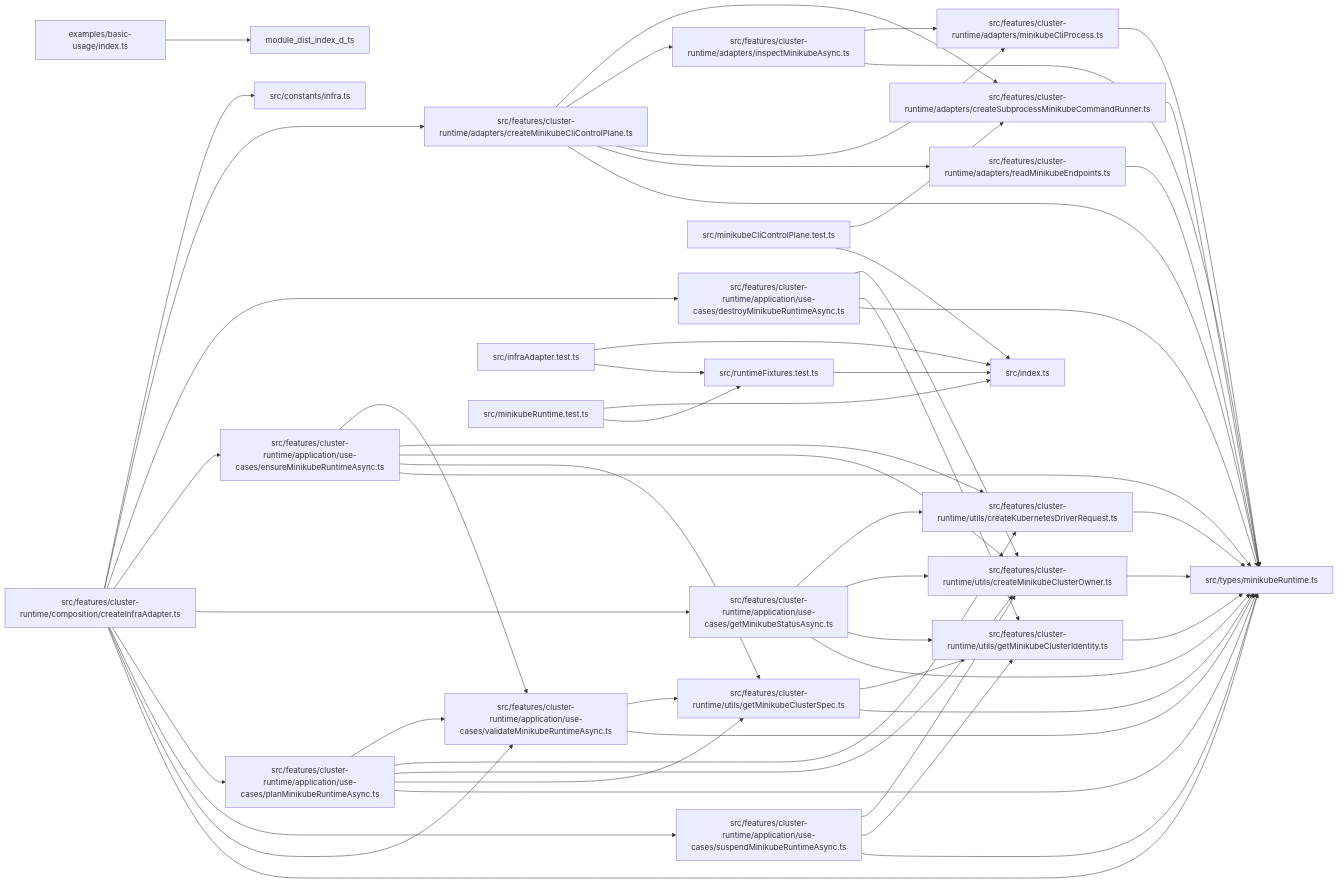
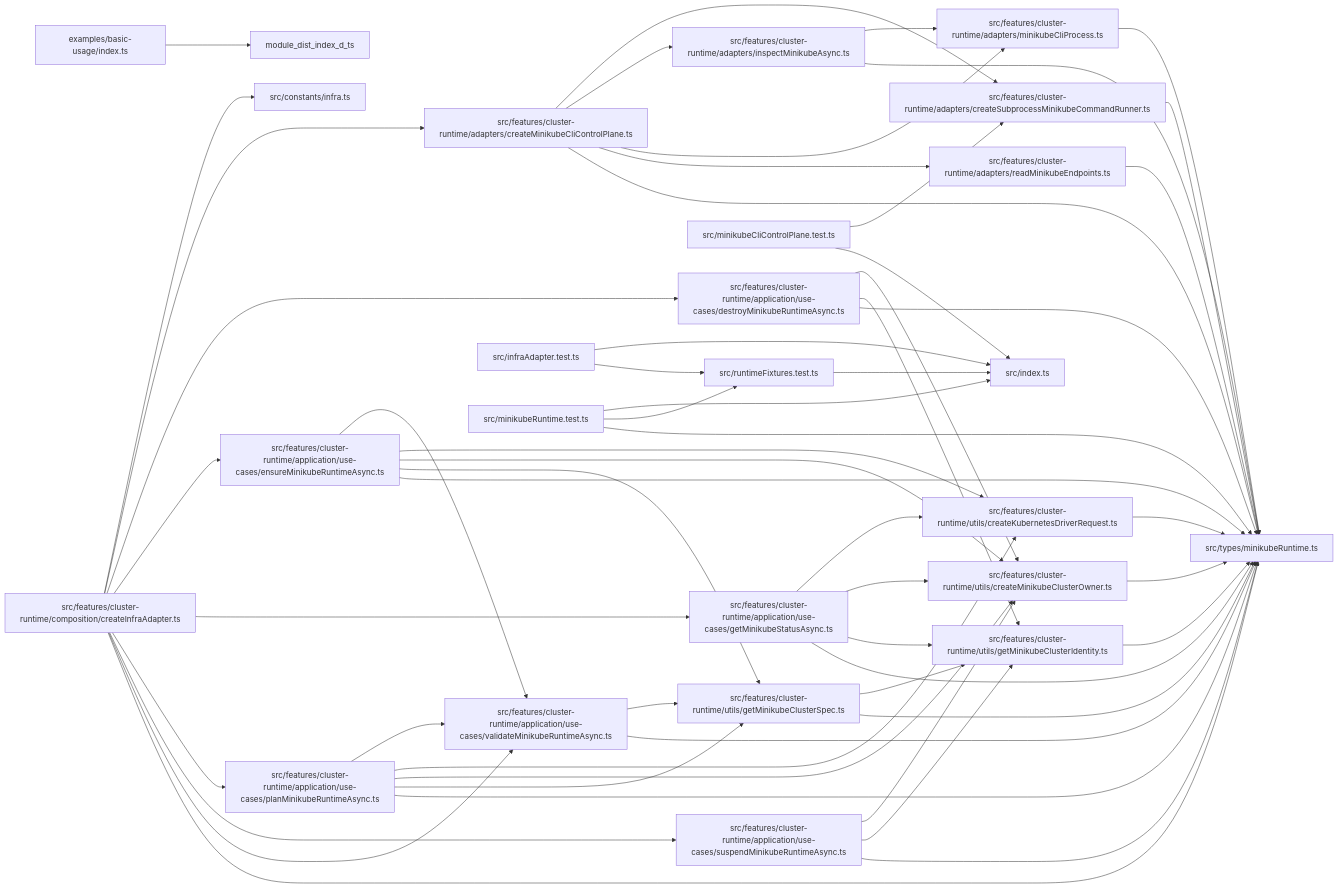
Before and after one commit to ankhorage/minikube: the diagram in paradox/diagrams/module-relationships.mmd, drawn with Mermaid. The commit also changed 10 other files, not shown here.

```diff
--- a/paradox/diagrams/module-relationships.mmd
+++ b/paradox/diagrams/module-relationships.mmd
@@ -1,79 +1,80 @@
 graph LR
   module_examples_basic_usage_index_ts["examples/basic-usage/index.ts"]
   module_src_constants_infra_ts["src/constants/infra.ts"]
   module_src_features_cluster_runtime_adapters_createMinikubeCliControlPlane_ts["src/features/cluster-runtime/adapters/createMinikubeCliControlPlane.ts"]
   module_src_features_cluster_runtime_adapters_createSubprocessMinikubeCommandRunner_ts["src/features/cluster-runtime/adapters/createSubprocessMinikubeCommandRunner.ts"]
   module_src_features_cluster_runtime_adapters_inspectMinikubeAsync_ts["src/features/cluster-runtime/adapters/inspectMinikubeAsync.ts"]
   module_src_features_cluster_runtime_adapters_minikubeCliProcess_ts["src/features/cluster-runtime/adapters/minikubeCliProcess.ts"]
   module_src_features_cluster_runtime_adapters_readMinikubeEndpoints_ts["src/features/cluster-runtime/adapters/readMinikubeEndpoints.ts"]
   module_src_features_cluster_runtime_application_use_cases_destroyMinikubeRuntimeAsync_ts["src/features/cluster-runtime/application/use-cases/destroyMinikubeRuntimeAsync.ts"]
   module_src_features_cluster_runtime_application_use_cases_ensureMinikubeRuntimeAsync_ts["src/features/cluster-runtime/application/use-cases/ensureMinikubeRuntimeAsync.ts"]
   module_src_features_cluster_runtime_application_use_cases_getMinikubeStatusAsync_ts["src/features/cluster-runtime/application/use-cases/getMinikubeStatusAsync.ts"]
   module_src_features_cluster_runtime_application_use_cases_planMinikubeRuntimeAsync_ts["src/features/cluster-runtime/application/use-cases/planMinikubeRuntimeAsync.ts"]
   module_src_features_cluster_runtime_application_use_cases_suspendMinikubeRuntimeAsync_ts["src/features/cluster-runtime/application/use-cases/suspendMinikubeRuntimeAsync.ts"]
   module_src_features_cluster_runtime_application_use_cases_validateMinikubeRuntimeAsync_ts["src/features/cluster-runtime/application/use-cases/validateMinikubeRuntimeAsync.ts"]
   module_src_features_cluster_runtime_composition_createInfraAdapter_ts["src/features/cluster-runtime/composition/createInfraAdapter.ts"]
   module_src_features_cluster_runtime_utils_createKubernetesDriverRequest_ts["src/features/cluster-runtime/utils/createKubernetesDriverRequest.ts"]
   module_src_features_cluster_runtime_utils_createMinikubeClusterOwner_ts["src/features/cluster-runtime/utils/createMinikubeClusterOwner.ts"]
   module_src_features_cluster_runtime_utils_getMinikubeClusterIdentity_ts["src/features/cluster-runtime/utils/getMinikubeClusterIdentity.ts"]
   module_src_features_cluster_runtime_utils_getMinikubeClusterSpec_ts["src/features/cluster-runtime/utils/getMinikubeClusterSpec.ts"]
   module_src_index_ts["src/index.ts"]
   module_src_infraAdapter_test_ts["src/infraAdapter.test.ts"]
   module_src_minikubeCliControlPlane_test_ts["src/minikubeCliControlPlane.test.ts"]
   module_src_minikubeRuntime_test_ts["src/minikubeRuntime.test.ts"]
   module_src_runtimeFixtures_test_ts["src/runtimeFixtures.test.ts"]
   module_src_types_minikubeRuntime_ts["src/types/minikubeRuntime.ts"]
   module_examples_basic_usage_index_ts --> module_dist_index_d_ts
   module_src_features_cluster_runtime_adapters_createMinikubeCliControlPlane_ts --> module_src_features_cluster_runtime_adapters_createSubprocessMinikubeCommandRunner_ts
   module_src_features_cluster_runtime_adapters_createMinikubeCliControlPlane_ts --> module_src_features_cluster_runtime_adapters_inspectMinikubeAsync_ts
   module_src_features_cluster_runtime_adapters_createMinikubeCliControlPlane_ts --> module_src_features_cluster_runtime_adapters_minikubeCliProcess_ts
   module_src_features_cluster_runtime_adapters_createMinikubeCliControlPlane_ts --> module_src_features_cluster_runtime_adapters_readMinikubeEndpoints_ts
   module_src_features_cluster_runtime_adapters_createMinikubeCliControlPlane_ts --> module_src_types_minikubeRuntime_ts
   module_src_features_cluster_runtime_adapters_createSubprocessMinikubeCommandRunner_ts --> module_src_types_minikubeRuntime_ts
   module_src_features_cluster_runtime_adapters_inspectMinikubeAsync_ts --> module_src_features_cluster_runtime_adapters_minikubeCliProcess_ts
   module_src_features_cluster_runtime_adapters_inspectMinikubeAsync_ts --> module_src_types_minikubeRuntime_ts
   module_src_features_cluster_runtime_adapters_minikubeCliProcess_ts --> module_src_types_minikubeRuntime_ts
   module_src_features_cluster_runtime_adapters_readMinikubeEndpoints_ts --> module_src_types_minikubeRuntime_ts
   module_src_features_cluster_runtime_application_use_cases_destroyMinikubeRuntimeAsync_ts --> module_src_features_cluster_runtime_utils_createMinikubeClusterOwner_ts
   module_src_features_cluster_runtime_application_use_cases_destroyMinikubeRuntimeAsync_ts --> module_src_features_cluster_runtime_utils_getMinikubeClusterIdentity_ts
   module_src_features_cluster_runtime_application_use_cases_destroyMinikubeRuntimeAsync_ts --> module_src_types_minikubeRuntime_ts
   module_src_features_cluster_runtime_application_use_cases_ensureMinikubeRuntimeAsync_ts --> module_src_features_cluster_runtime_application_use_cases_validateMinikubeRuntimeAsync_ts
   module_src_features_cluster_runtime_application_use_cases_ensureMinikubeRuntimeAsync_ts --> module_src_features_cluster_runtime_utils_createKubernetesDriverRequest_ts
   module_src_features_cluster_runtime_application_use_cases_ensureMinikubeRuntimeAsync_ts --> module_src_features_cluster_runtime_utils_createMinikubeClusterOwner_ts
   module_src_features_cluster_runtime_application_use_cases_ensureMinikubeRuntimeAsync_ts --> module_src_features_cluster_runtime_utils_getMinikubeClusterSpec_ts
   module_src_features_cluster_runtime_application_use_cases_ensureMinikubeRuntimeAsync_ts --> module_src_types_minikubeRuntime_ts
   module_src_features_cluster_runtime_application_use_cases_getMinikubeStatusAsync_ts --> module_src_features_cluster_runtime_utils_createKubernetesDriverRequest_ts
   module_src_features_cluster_runtime_application_use_cases_getMinikubeStatusAsync_ts --> module_src_features_cluster_runtime_utils_createMinikubeClusterOwner_ts
   module_src_features_cluster_runtime_application_use_cases_getMinikubeStatusAsync_ts --> module_src_features_cluster_runtime_utils_getMinikubeClusterIdentity_ts
   module_src_features_cluster_runtime_application_use_cases_getMinikubeStatusAsync_ts --> module_src_types_minikubeRuntime_ts
   module_src_features_cluster_runtime_application_use_cases_planMinikubeRuntimeAsync_ts --> module_src_features_cluster_runtime_application_use_cases_validateMinikubeRuntimeAsync_ts
   module_src_features_cluster_runtime_application_use_cases_planMinikubeRuntimeAsync_ts --> module_src_features_cluster_runtime_utils_createKubernetesDriverRequest_ts
   module_src_features_cluster_runtime_application_use_cases_planMinikubeRuntimeAsync_ts --> module_src_features_cluster_runtime_utils_createMinikubeClusterOwner_ts
   module_src_features_cluster_runtime_application_use_cases_planMinikubeRuntimeAsync_ts --> module_src_features_cluster_runtime_utils_getMinikubeClusterSpec_ts
   module_src_features_cluster_runtime_application_use_cases_planMinikubeRuntimeAsync_ts --> module_src_types_minikubeRuntime_ts
   module_src_features_cluster_runtime_application_use_cases_suspendMinikubeRuntimeAsync_ts --> module_src_features_cluster_runtime_utils_createMinikubeClusterOwner_ts
   module_src_features_cluster_runtime_application_use_cases_suspendMinikubeRuntimeAsync_ts --> module_src_features_cluster_runtime_utils_getMinikubeClusterIdentity_ts
   module_src_features_cluster_runtime_application_use_cases_suspendMinikubeRuntimeAsync_ts --> module_src_types_minikubeRuntime_ts
   module_src_features_cluster_runtime_application_use_cases_validateMinikubeRuntimeAsync_ts --> module_src_features_cluster_runtime_utils_getMinikubeClusterSpec_ts
   module_src_features_cluster_runtime_application_use_cases_validateMinikubeRuntimeAsync_ts --> module_src_types_minikubeRuntime_ts
   module_src_features_cluster_runtime_composition_createInfraAdapter_ts --> module_src_constants_infra_ts
   module_src_features_cluster_runtime_composition_createInfraAdapter_ts --> module_src_features_cluster_runtime_adapters_createMinikubeCliControlPlane_ts
   module_src_features_cluster_runtime_composition_createInfraAdapter_ts --> module_src_features_cluster_runtime_application_use_cases_destroyMinikubeRuntimeAsync_ts
   module_src_features_cluster_runtime_composition_createInfraAdapter_ts --> module_src_features_cluster_runtime_application_use_cases_ensureMinikubeRuntimeAsync_ts
   module_src_features_cluster_runtime_composition_createInfraAdapter_ts --> module_src_features_cluster_runtime_application_use_cases_getMinikubeStatusAsync_ts
   module_src_features_cluster_runtime_composition_createInfraAdapter_ts --> module_src_features_cluster_runtime_application_use_cases_planMinikubeRuntimeAsync_ts
   module_src_features_cluster_runtime_composition_createInfraAdapter_ts --> module_src_features_cluster_runtime_application_use_cases_suspendMinikubeRuntimeAsync_ts
   module_src_features_cluster_runtime_composition_createInfraAdapter_ts --> module_src_features_cluster_runtime_application_use_cases_validateMinikubeRuntimeAsync_ts
   module_src_features_cluster_runtime_composition_createInfraAdapter_ts --> module_src_types_minikubeRuntime_ts
   module_src_features_cluster_runtime_utils_createKubernetesDriverRequest_ts --> module_src_types_minikubeRuntime_ts
   module_src_features_cluster_runtime_utils_createMinikubeClusterOwner_ts --> module_src_types_minikubeRuntime_ts
   module_src_features_cluster_runtime_utils_getMinikubeClusterIdentity_ts --> module_src_types_minikubeRuntime_ts
   module_src_features_cluster_runtime_utils_getMinikubeClusterSpec_ts --> module_src_features_cluster_runtime_utils_getMinikubeClusterIdentity_ts
   module_src_features_cluster_runtime_utils_getMinikubeClusterSpec_ts --> module_src_types_minikubeRuntime_ts
   module_src_infraAdapter_test_ts --> module_src_index_ts
   module_src_infraAdapter_test_ts --> module_src_runtimeFixtures_test_ts
   module_src_minikubeCliControlPlane_test_ts --> module_src_features_cluster_runtime_adapters_createSubprocessMinikubeCommandRunner_ts
   module_src_minikubeCliControlPlane_test_ts --> module_src_index_ts
   module_src_minikubeRuntime_test_ts --> module_src_index_ts
   module_src_minikubeRuntime_test_ts --> module_src_runtimeFixtures_test_ts
+  module_src_minikubeRuntime_test_ts --> module_src_types_minikubeRuntime_ts
   module_src_runtimeFixtures_test_ts --> module_src_index_ts
```
